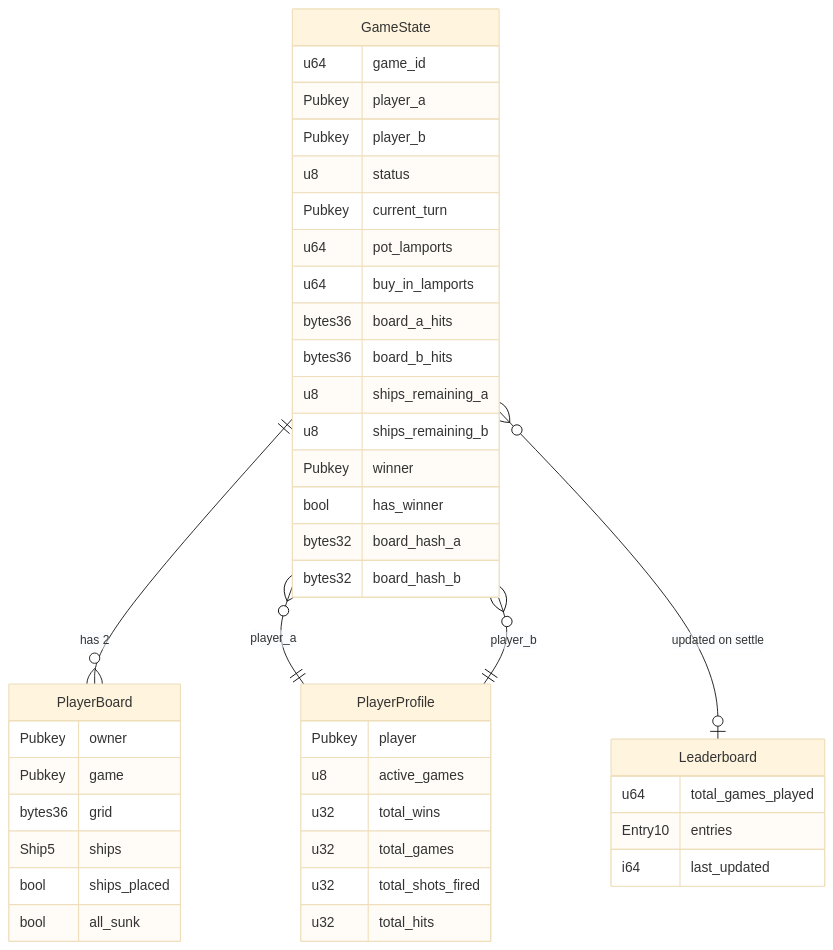
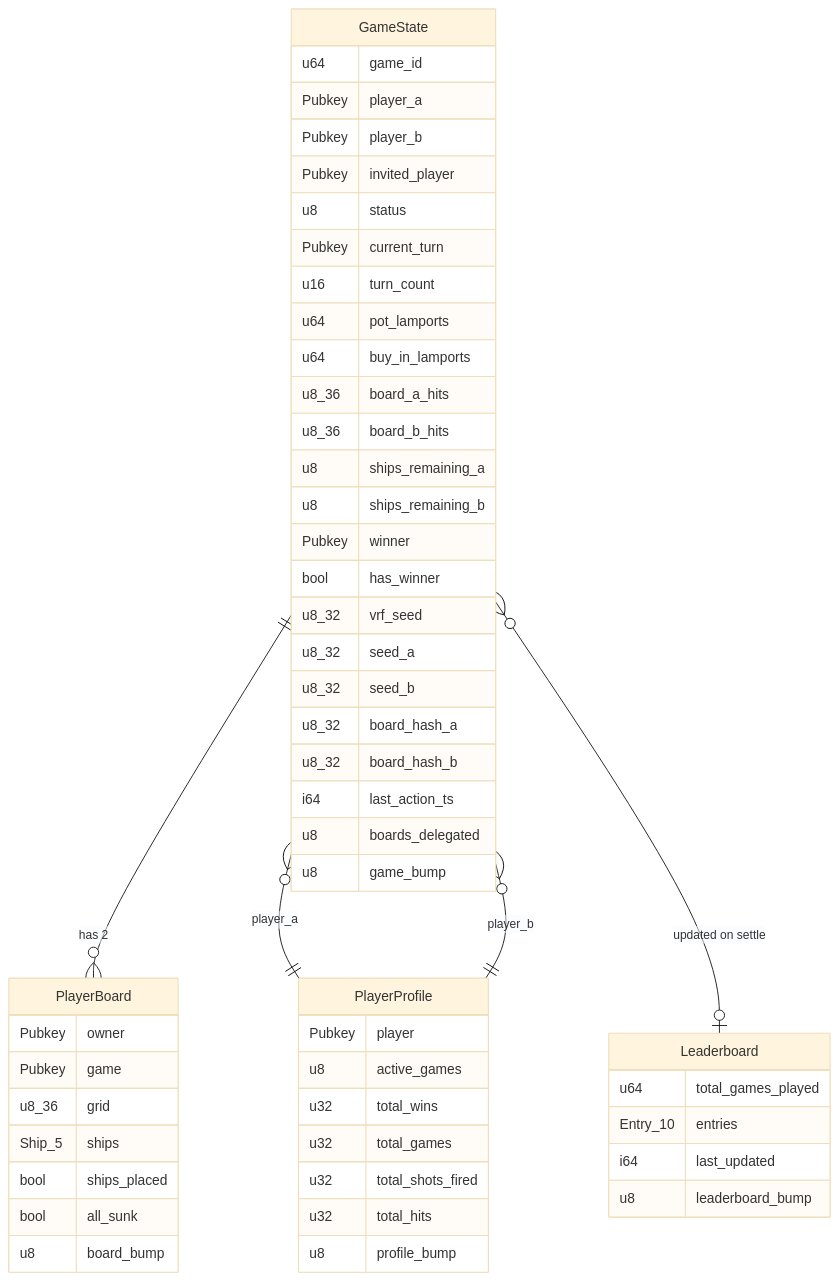
One commit to Andy00L/private-battleship changed the third of 10 diagrams in ARCHITECTURE.md. Above: the diagram before and after it, drawn with Mermaid (base theme). The commit also changed other lines of this file and 3 other files, not shown here.

````diff
--- a/ARCHITECTURE.md
+++ b/ARCHITECTURE.md
@@ -131,49 +136,60 @@
 ```mermaid
 erDiagram
     GameState ||--o{ PlayerBoard : "has 2"
     GameState }o--|| PlayerProfile : "player_a"
     GameState }o--|| PlayerProfile : "player_b"
     GameState }o--o| Leaderboard : "updated on settle"
 
     GameState {
         u64 game_id
         Pubkey player_a
         Pubkey player_b
+        Pubkey invited_player
         u8 status
         Pubkey current_turn
+        u16 turn_count
         u64 pot_lamports
         u64 buy_in_lamports
-        bytes36 board_a_hits
-        bytes36 board_b_hits
+        u8_36 board_a_hits
+        u8_36 board_b_hits
         u8 ships_remaining_a
         u8 ships_remaining_b
         Pubkey winner
         bool has_winner
-        bytes32 board_hash_a
-        bytes32 board_hash_b
+        u8_32 vrf_seed
+        u8_32 seed_a
+        u8_32 seed_b
+        u8_32 board_hash_a
+        u8_32 board_hash_b
+        i64 last_action_ts
+        u8 boards_delegated
+        u8 game_bump
     }
 
     PlayerBoard {
         Pubkey owner
         Pubkey game
-        bytes36 grid
-        Ship5 ships
+        u8_36 grid
+        Ship_5 ships
         bool ships_placed
         bool all_sunk
+        u8 board_bump
     }
 
     PlayerProfile {
         Pubkey player
         u8 active_games
         u32 total_wins
         u32 total_games
         u32 total_shots_fired
         u32 total_hits
+        u8 profile_bump
     }
 
     Leaderboard {
         u64 total_games_played
-        Entry10 entries
+        Entry_10 entries
         i64 last_updated
+        u8 leaderboard_bump
     }
 ```
````
